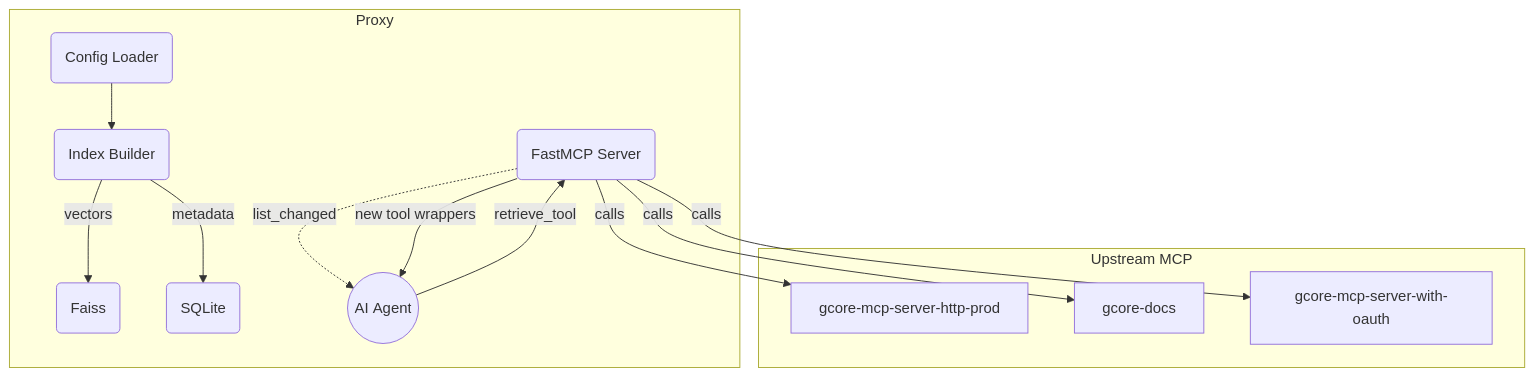
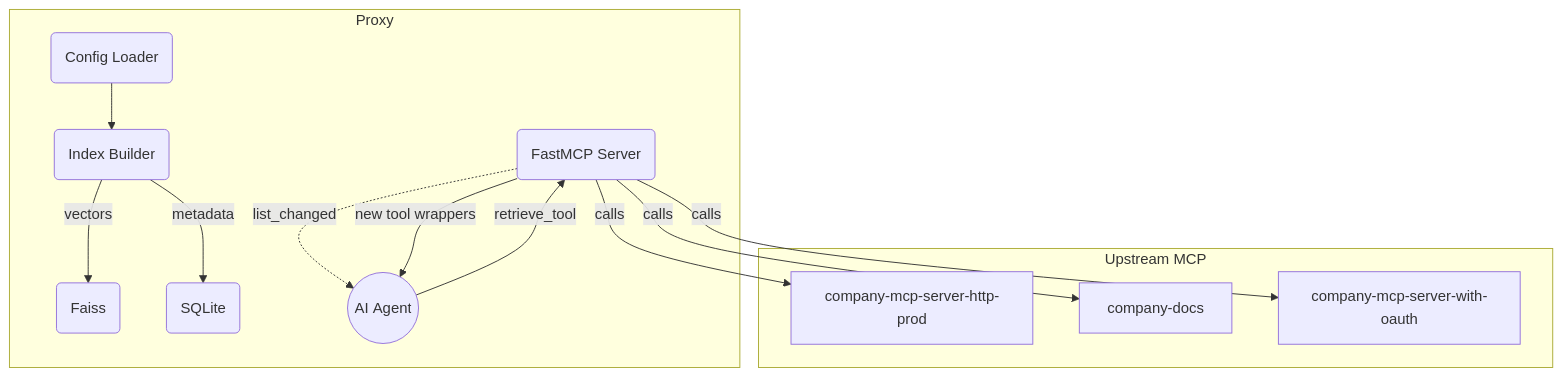
Before and after one commit to bivex/mcpproxy: the diagram in DESIGN.md, drawn with Mermaid. The commit also changed other lines of this file and 27 other files, not shown here.

````diff
--- a/DESIGN.md
+++ b/DESIGN.md
@@ -28,20 +28,20 @@
 ```mermaid
 graph TD
   subgraph Upstream MCP
-    A1[gcore-mcp-server-http-prod]
-    A2[gcore-docs]
-    A3[gcore-mcp-server-with-oauth]
+    A1[company-mcp-server-http-prod]
+A2[company-docs]
+A3[company-mcp-server-with-oauth]
   end
 
   subgraph Proxy
     B1(Config Loader) --> B2(Index Builder)
     B2 -->|vectors| B3(Faiss)
     B2 -->|metadata| B4(SQLite)
     B5(FastMCP Server) -. list_changed .-> Agent
     B5 -- calls --> A1 & A2 & A3
   end
 
   Agent((AI Agent))
   Agent -- retrieve_tool --> B5
   B5 -- new tool wrappers --> Agent
 ```
````
